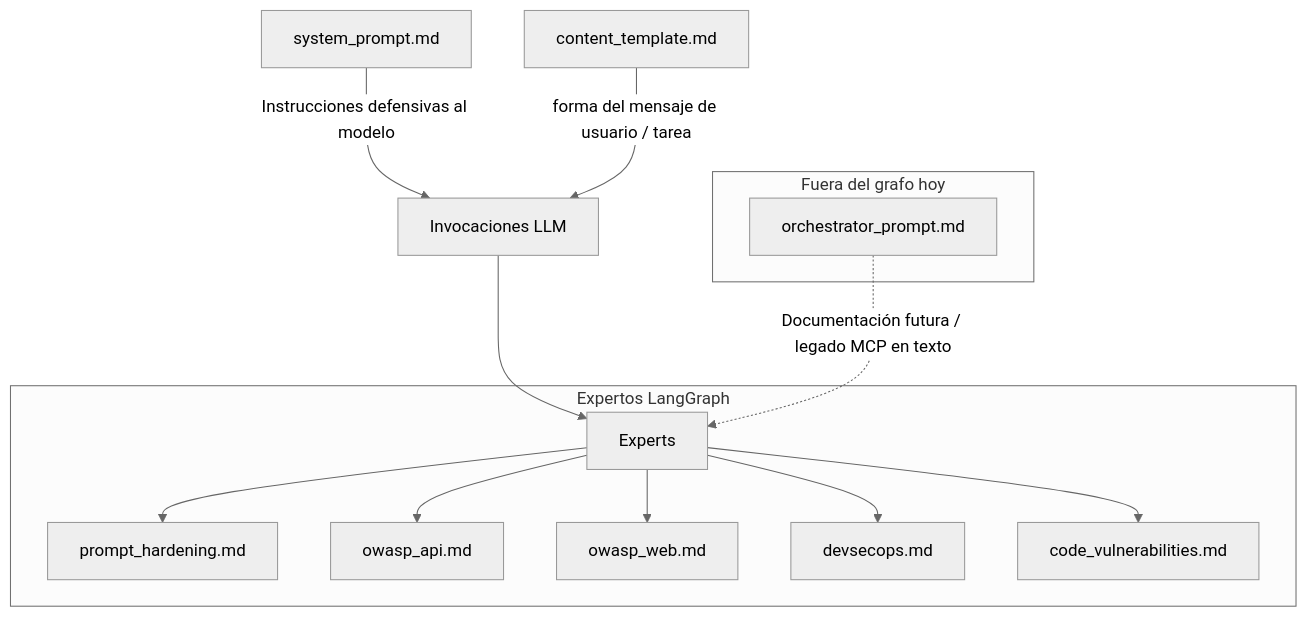
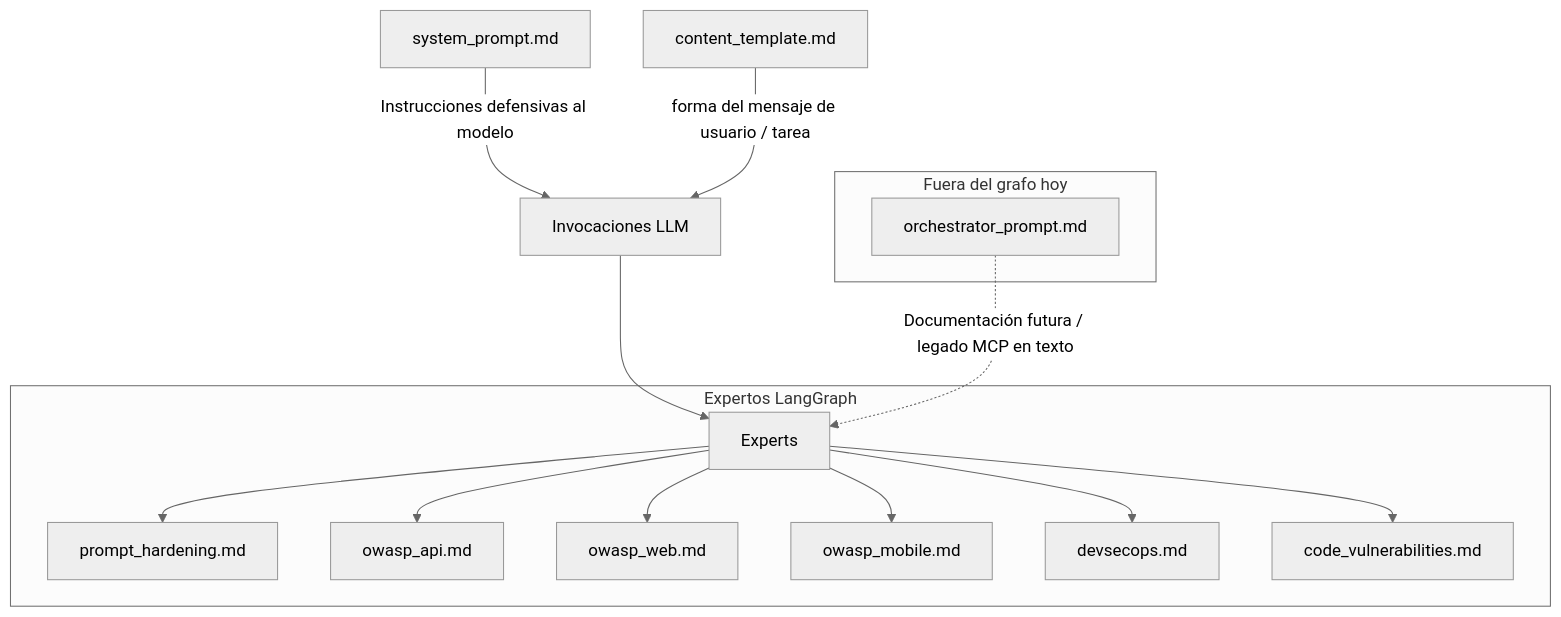
One commit to KaribuLab/titvo-dev changed the diagram in docs/prompts.md. Above: the diagram before and after it, drawn with Mermaid (neutral theme). The commit also changed other lines of this file and 9 other files, not shown here.

Commit message:
feat: add OWASP mobile expert

````diff
--- a/docs/prompts.md
+++ b/docs/prompts.md
@@ -26,20 +26,21 @@
 ```mermaid
 graph TD
     System[system_prompt.md] -->|Instrucciones defensivas al modelo| Combined
     Content[content_template.md] -->|forma del mensaje de usuario / tarea| Combined
     Combined[Invocaciones LLM] --> Experts
 
     subgraph LangGraphExperts["Expertos LangGraph"]
         Experts --> PH[prompt_hardening.md]
         Experts --> OAPI[owasp_api.md]
         Experts --> OWEB[owasp_web.md]
+        Experts --> OMOB[owasp_mobile.md]
         Experts --> DSO[devsecops.md]
         Experts --> CV[code_vulnerabilities.md]
     end
 
     subgraph ReferenceOnly["Fuera del grafo hoy"]
         OrchDoc[orchestrator_prompt.md]
     end
 
     OrchDoc -.->|"Documentación futura / legado MCP en texto"| Experts
 ```
````
